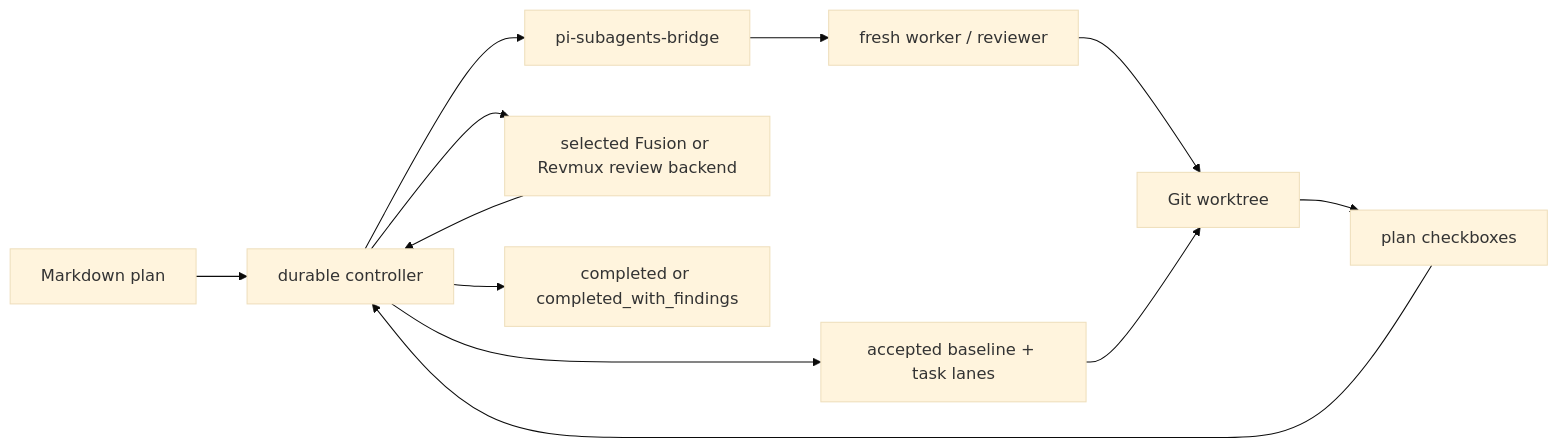
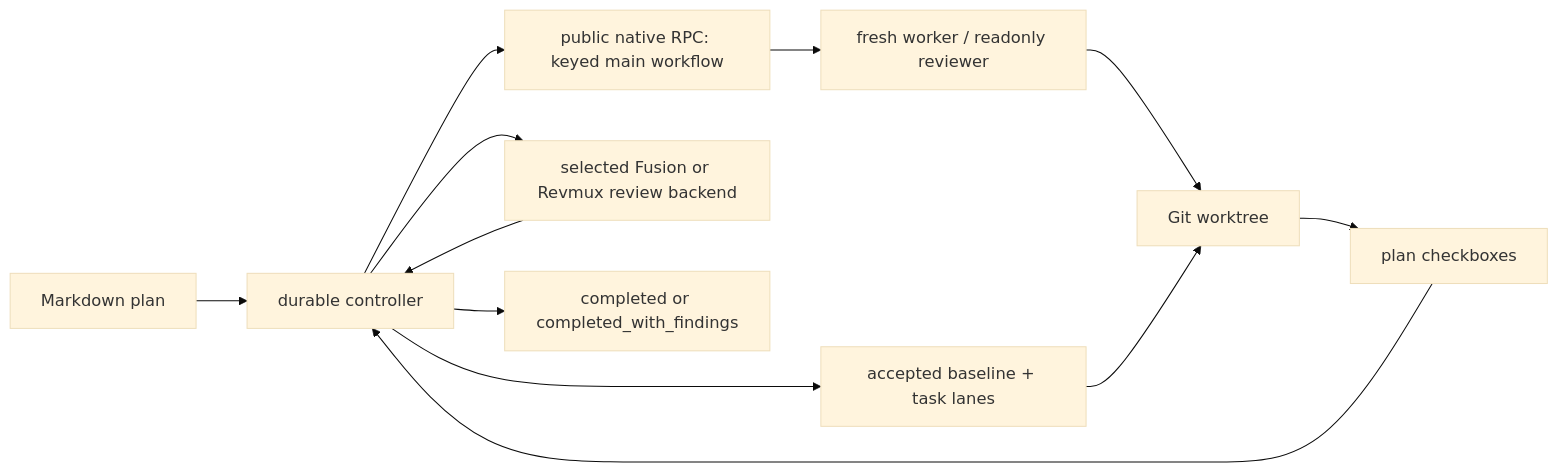
The diagram in README.md (alexei-led/pi-plan-exec), drawn with Mermaid (base theme) before and after one commit. The commit also changed other lines of this file and 43 other files, not shown here.

````diff
--- a/README.md
+++ b/README.md
@@ -240,14 +252,14 @@
 ```mermaid
 flowchart LR
     plan["Markdown plan"] --> controller["durable controller"]
-    controller --> bridge["pi-subagents-bridge"]
-    bridge --> worker["fresh worker / reviewer"]
+    controller --> native["public native RPC: keyed main workflow"]
+    native --> worker["fresh worker / readonly reviewer"]
     worker --> worktree["Git worktree"]
     worktree --> checks["plan checkboxes"]
     checks --> controller
     controller --> lanes["accepted baseline + task lanes"]
     lanes --> worktree
     controller --> fusion["selected Fusion or Revmux review backend"]
     fusion --> controller
     controller --> result["completed or completed_with_findings"]
 ```
````
